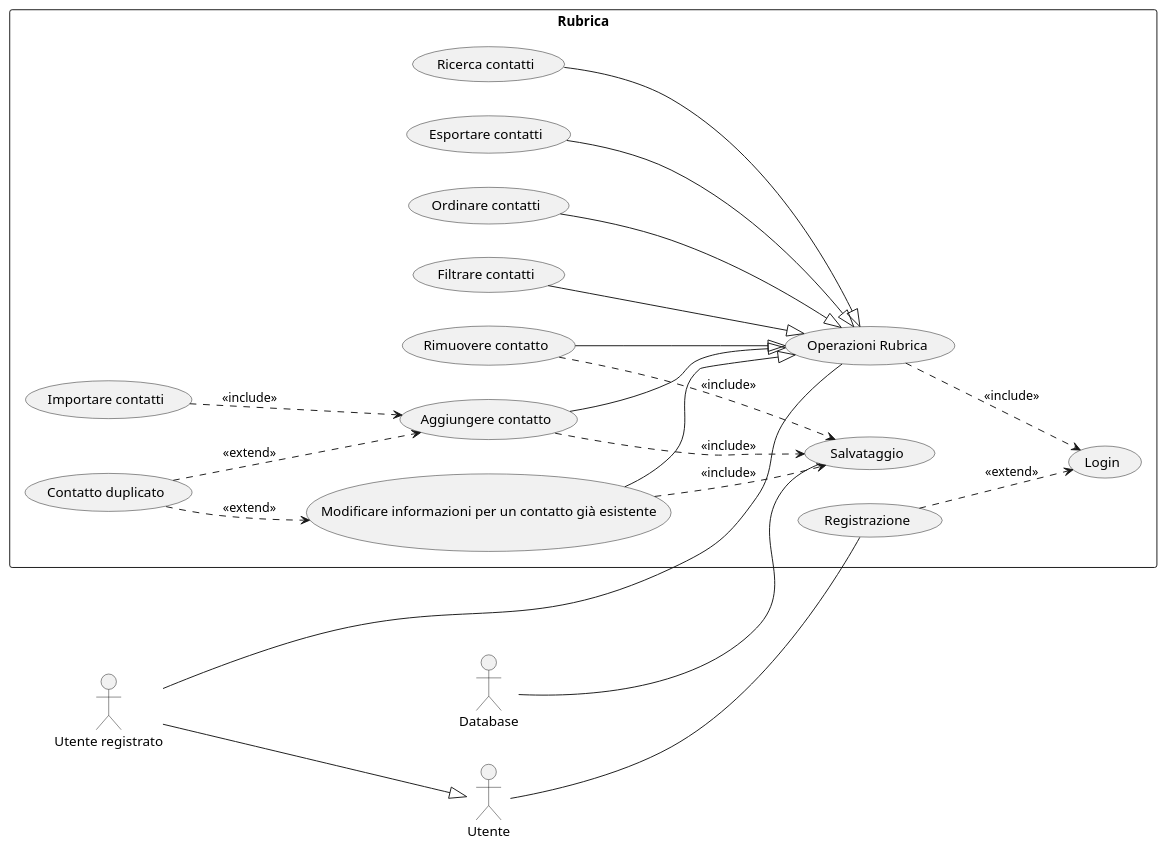
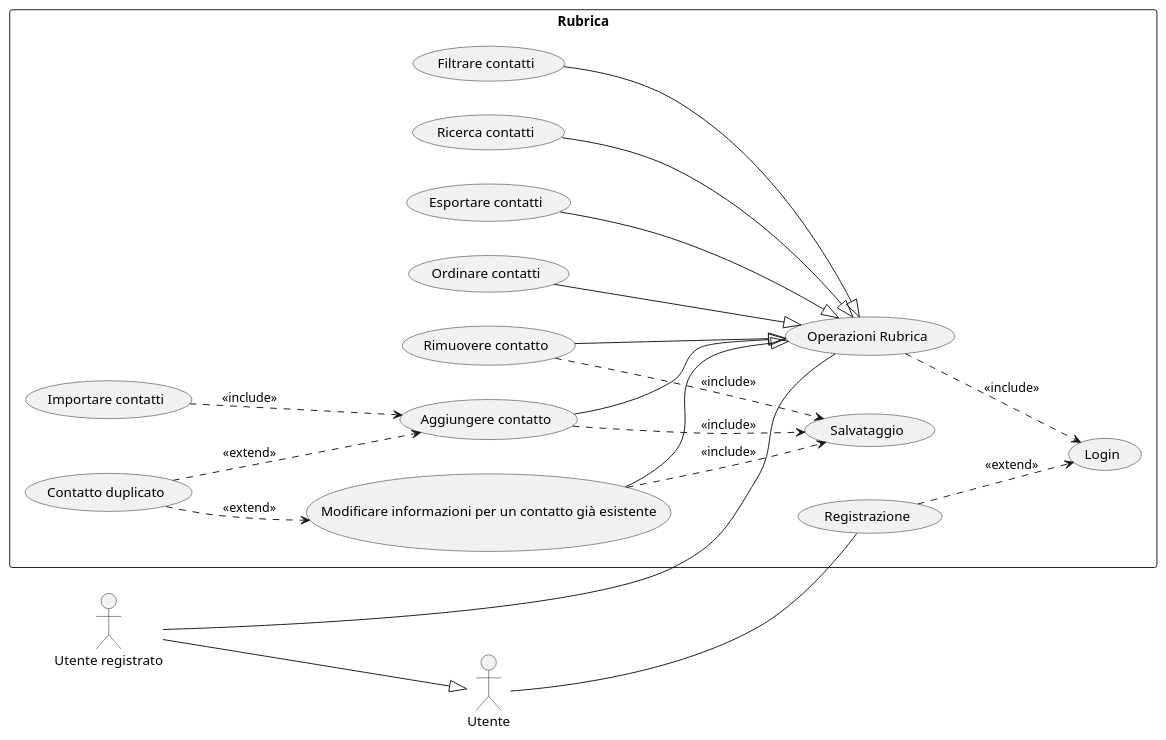
Before and after one commit to CupoMeridio/Ingegneria-del-software-2024-2025: the diagram in src/main/resources/UseCaseDiagram/useCaseDiagram.puml, drawn with PlantUML. The commit also changed 2 other files, not shown here.

```diff
--- a/src/main/resources/UseCaseDiagram/useCaseDiagram.puml
+++ b/src/main/resources/UseCaseDiagram/useCaseDiagram.puml
@@ -1,54 +1,52 @@
 @startuml
 left to right direction
 actor Utente as u
 actor "Utente registrato" as ur
-actor "Database" as db
 rectangle Rubrica{
     usecase "Operazioni Rubrica" as or
     usecase "Registrazione" as reg
     usecase "Login" as log
     usecase "Aggiungere contatto" as agg
     usecase "Rimuovere contatto" as rim
     usecase "Modificare informazioni per un contatto già esistente" as mod
     usecase "Ricerca contatti" as ric
     usecase "Importare contatti" as imp
     usecase "Esportare contatti" as esp
     usecase "Ordinare contatti" as ord
     usecase "Filtrare contatti" as fil
     usecase "Contatto duplicato" as cont
     usecase "Salvataggio" as salva
 }
 
 
 
 ur--or
 
-db--salva
 
 u--reg
 ur --|>u
 
 
 
 reg ..>log: <<extend>>
 or ..>log: <<include>>
 agg --|>or
 rim --|>or
 mod --|>or
 ric --|>or
 imp ..>agg: <<include>>
 esp --|>or
 fil --|>or
 ord --|>or
 cont ..>agg: <<extend>>
 cont ..>mod: <<extend>>
 agg ..>salva: <<include>>
 mod ..>salva: <<include>>
 
 rim ..>salva: <<include>>
 
 
 
 
 
 @enduml
```
